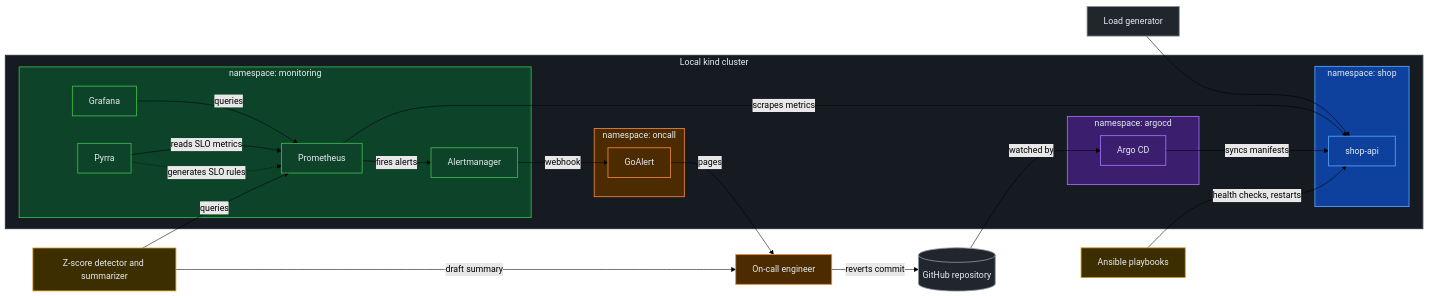
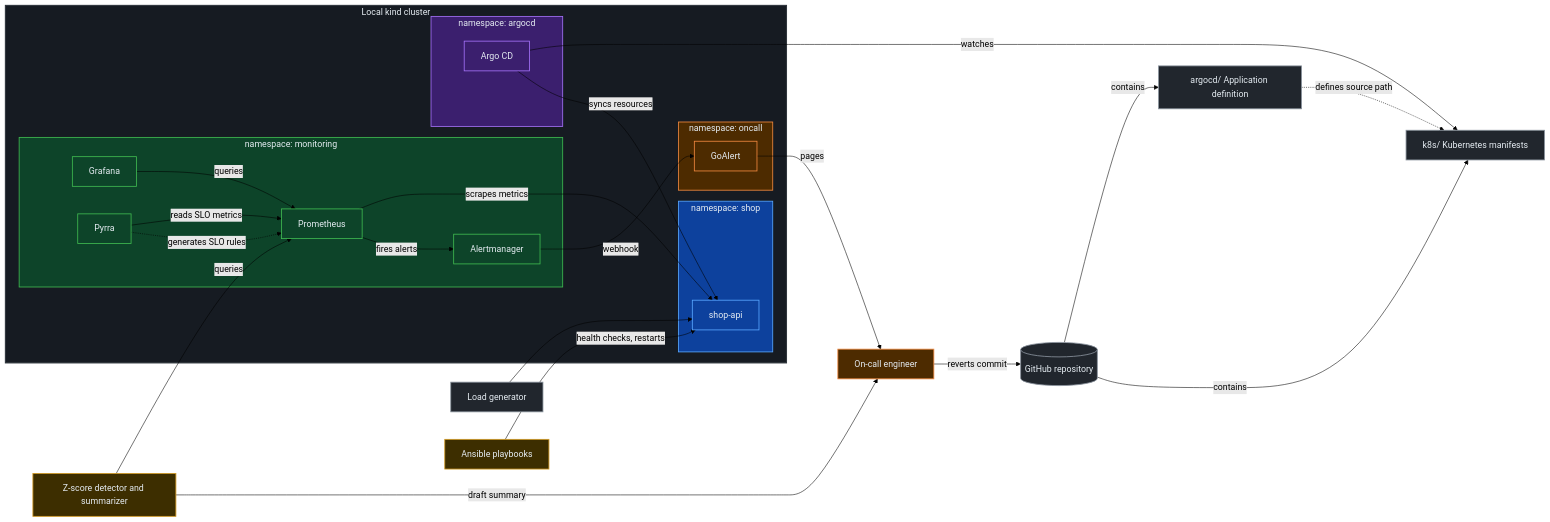
Before and after one commit to aliaagamall/site-reliability-engineering: the diagram in module-04-sre-operating-model/docs/00-scope-and-architecture.md, drawn with Mermaid (forest theme). The commit also changed other lines of this file and 3 other files, not shown here.

````diff
--- a/module-04-sre-operating-model/docs/00-scope-and-architecture.md
+++ b/module-04-sre-operating-model/docs/00-scope-and-architecture.md
@@ -44,58 +44,64 @@
 ```mermaid
 flowchart LR
     LG[Load generator] --> API
 
     subgraph kind["Local kind cluster"]
         subgraph shop["namespace: shop"]
             API[shop-api]
         end
         subgraph mon["namespace: monitoring"]
             PROM[Prometheus]
             GRAF[Grafana]
             PYR[Pyrra]
             AM[Alertmanager]
         end
         subgraph oc["namespace: oncall"]
             GA[GoAlert]
         end
-        subgraph gitops["namespace: argocd"]
+        subgraph argocd_ns["namespace: argocd"]
             ARGO[Argo CD]
         end
     end
 
     PROM -- scrapes metrics --> API
     GRAF -- queries --> PROM
     PYR -- reads SLO metrics --> PROM
     PYR -. generates SLO rules .-> PROM
     PROM -- fires alerts --> AM
     AM -- webhook --> GA
     GA -- pages --> ENG[On-call engineer]
 
-    GH[(GitHub repository)] -- watched by --> ARGO
-    ARGO -- syncs manifests --> API
+    GH[(GitHub repository)]
+    AC[argocd/ Application definition]
+    K8S[k8s/ Kubernetes manifests]
+    GH -- contains --> AC
+    GH -- contains --> K8S
+    AC -. defines source path .-> K8S
+    ARGO -- watches --> K8S
+    ARGO -- syncs resources --> API
     ENG -- reverts commit --> GH
 
     ANS[Ansible playbooks] -- health checks, restarts --> API
     AI[Z-score detector and summarizer] -- queries --> PROM
     AI -- draft summary --> ENG
 
     classDef external fill:#21262d,stroke:#8b949e,stroke-width:1.5px,color:#e6edf3
     classDef app fill:#0d419d,stroke:#58a6ff,stroke-width:1.5px,color:#e6edf3
     classDef monitoring fill:#0d4429,stroke:#3fb950,stroke-width:1.5px,color:#e6edf3
     classDef oncall fill:#4d2b00,stroke:#f0883e,stroke-width:1.5px,color:#e6edf3
-    classDef gitops fill:#3b1f6e,stroke:#a371f7,stroke-width:1.5px,color:#e6edf3
+    classDef argocd fill:#3b1f6e,stroke:#a371f7,stroke-width:1.5px,color:#e6edf3
     classDef automation fill:#3d2e00,stroke:#d29922,stroke-width:1.5px,color:#e6edf3
 
-    class LG,GH external
+    class LG,GH,AC,K8S external
     class API app
     class PROM,GRAF,PYR,AM monitoring
     class GA,ENG oncall
-    class ARGO gitops
+    class ARGO argocd
     class ANS,AI automation
 
     style kind fill:#161b22,stroke:#30363d,stroke-width:2px,color:#e6edf3
     style shop fill:#0d419d,stroke:#58a6ff,stroke-width:1.5px,color:#e6edf3
     style mon fill:#0d4429,stroke:#3fb950,stroke-width:1.5px,color:#e6edf3
     style oc fill:#4d2b00,stroke:#f0883e,stroke-width:1.5px,color:#e6edf3
-    style gitops fill:#3b1f6e,stroke:#a371f7,stroke-width:1.5px,color:#e6edf3
+    style argocd_ns fill:#3b1f6e,stroke:#a371f7,stroke-width:1.5px,color:#e6edf3
 ```
````
